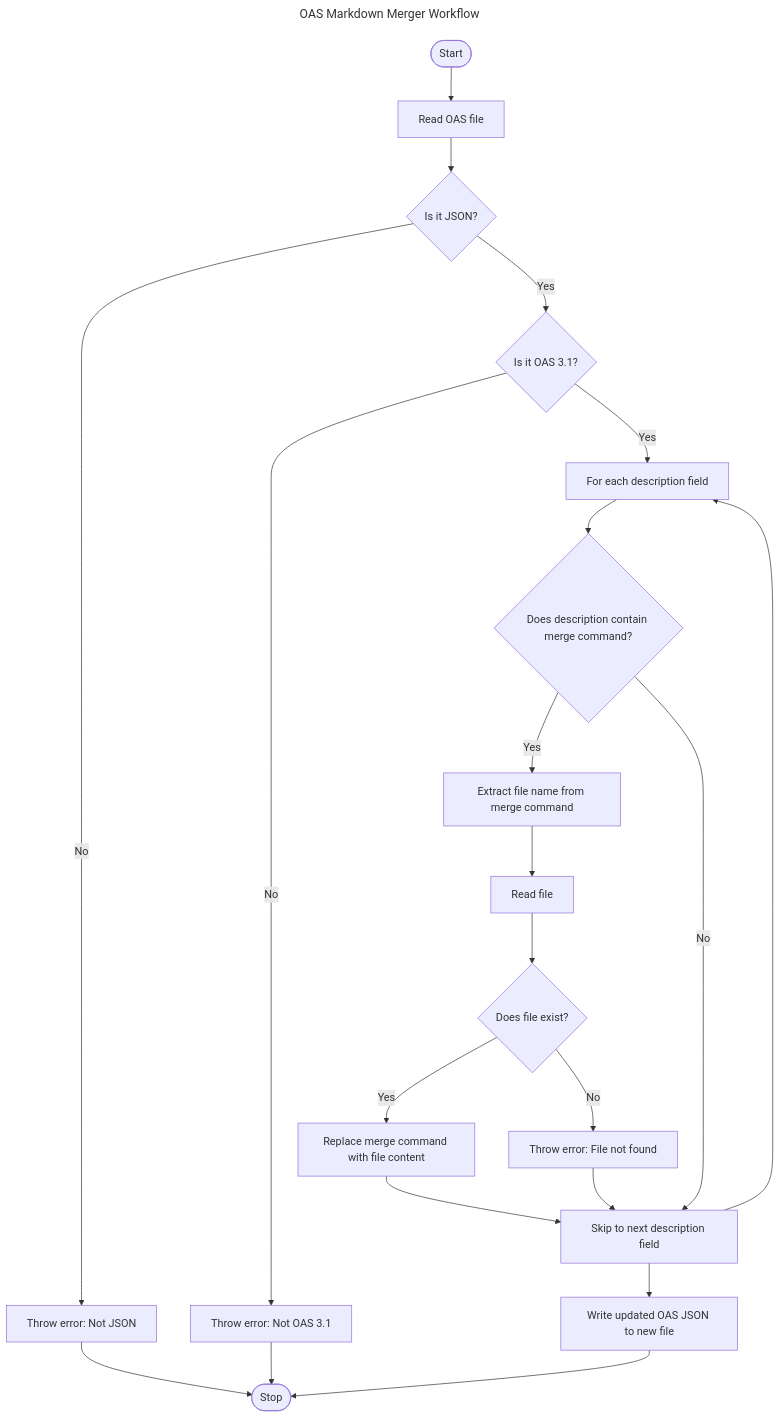
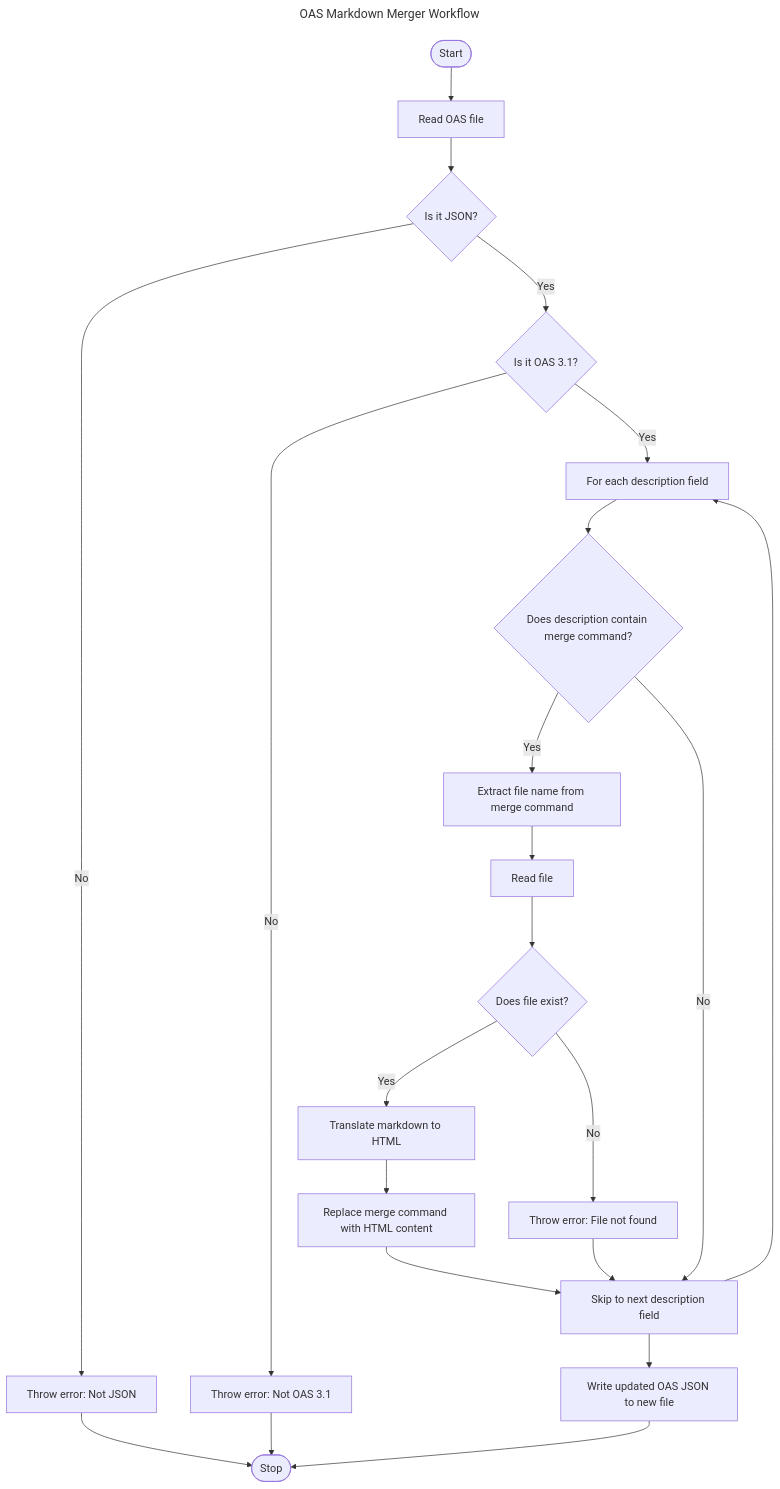
Before and after one commit to WhereJuly/60-1-oas-markdown-merger: the diagram in .docs/design/flowchart.md, drawn with Mermaid. The commit also changed 2 other files, not shown here.

Commit message:
[markdown-merger] Add (a&cd): translate markdown to html requirement

````diff
--- a/.docs/design/flowchart.md
+++ b/.docs/design/flowchart.md
@@ -1,29 +1,29 @@
 ```mermaid
 ---
 title: OAS Markdown Merger Workflow
 ---
 
 flowchart TD
   Start([Start])
   Stop([Stop])
   
   Start --> A[Read OAS file]
   A --> B{Is it JSON?}
   B -->|Yes| C{Is it OAS 3.1?}
   B -->|No| M[Throw error: Not JSON] --> Stop
   C -->|Yes| E[For each description field]
   C -->|No| F[Throw error: Not OAS 3.1] --> Stop
   E --> G{Does description contain merge command?}
   G -->|Yes| H[Extract file name from merge command]
   H --> I[Read file]
   I --> J{Does file exist?}
-  J -->|Yes| K[Replace merge command with file content]
+  J -->|Yes| L1[Translate markdown to HTML]
+  L1 --> K[Replace merge command with HTML content]
+  K --> M1[Continue to next description field]
   J -->|No| L[Throw error: File not found]
-  K --> M1[Continue to next description field]
   L --> M1
   G -->|No| M1[Skip to next description field]
   M1 --> E
   M1 --> N[Write updated OAS JSON to new file]
   N --> Stop
-
 ```
````
